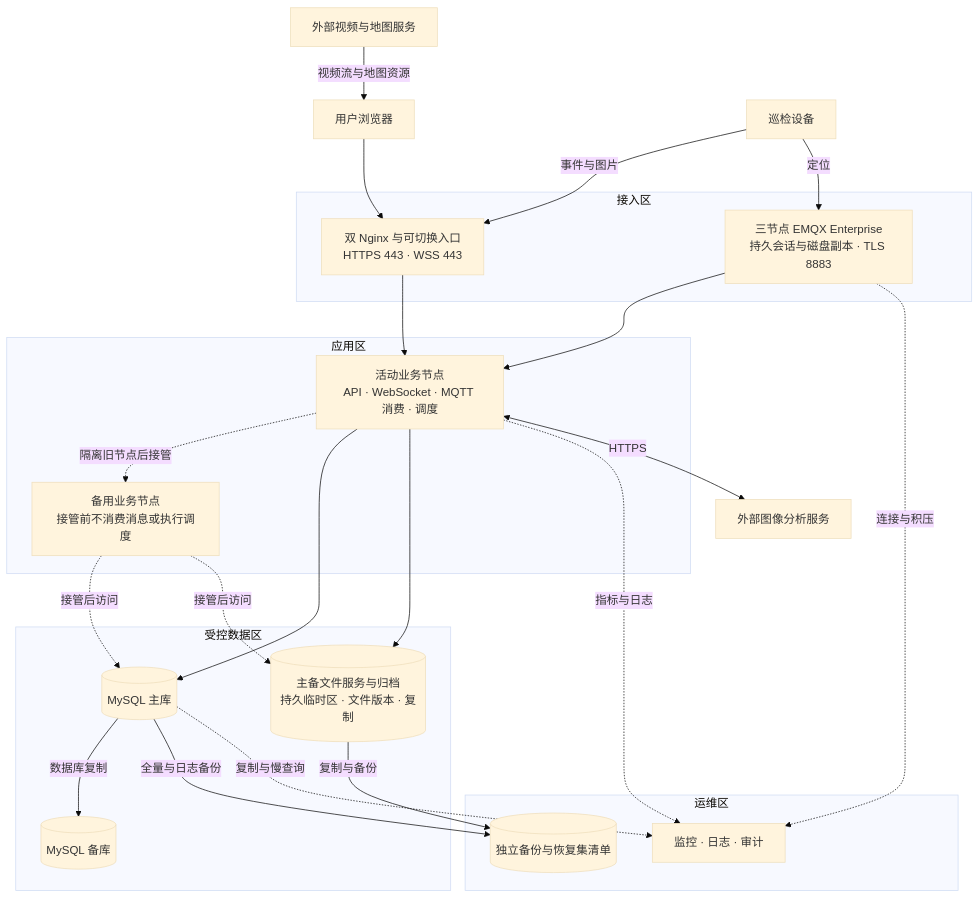
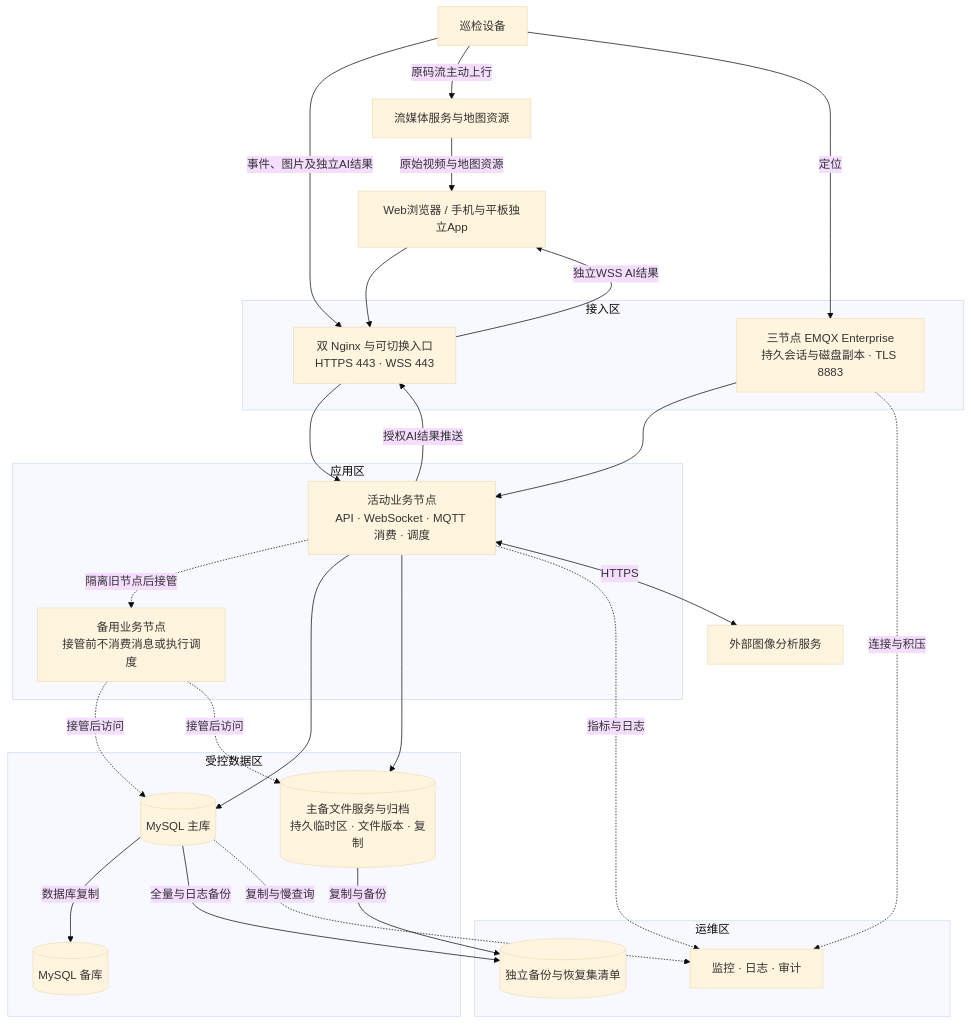
One commit to kelalu/Road-Inspection-System changed the fifth of 5 diagrams in docs/道路智能巡检管理平台系统架构设计文档_11.7_图片.md. Above: the diagram before and after it, drawn with Mermaid (base theme). The commit also changed other lines of this file and 4 other files, not shown here.

````diff
--- a/docs/道路智能巡检管理平台系统架构设计文档_11.7_图片.md
+++ b/docs/道路智能巡检管理平台系统架构设计文档_11.7_图片.md
@@ -794,42 +900,45 @@
 ```mermaid
 flowchart TB
-    USER["用户浏览器"]
+    USER["Web浏览器 / 手机与平板独立App"]
     DEVICE["巡检设备"]
-    EXT["外部视频与地图服务"]
+    EXT["流媒体服务与地图资源"]
     MODEL["外部图像分析服务"]
     subgraph ENTRY["接入区"]
         NG["双 Nginx 与可切换入口<br/>HTTPS 443 · WSS 443"]
         MQ["三节点 EMQX Enterprise<br/>持久会话与磁盘副本 · TLS 8883"]
     end
     subgraph APPLICATION["应用区"]
         ACTIVE["活动业务节点<br/>API · WebSocket · MQTT 消费 · 调度"]
         STANDBY["备用业务节点<br/>接管前不消费消息或执行调度"]
     end
     subgraph DATA["受控数据区"]
         PRIMARY[("MySQL 主库")]
         REPLICA[("MySQL 备库")]
         STORAGE[("主备文件服务与归档<br/>持久临时区 · 文件版本 · 复制")]
     end
     subgraph OPERATIONS["运维区"]
         MONITOR["监控 · 日志 · 审计"]
         BACKUP[("独立备份与恢复集清单")]
     end
     USER --> NG
-    DEVICE -->|事件与图片| NG
+    DEVICE -->|事件、图片及独立AI结果| NG
+    DEVICE -->|原码流主动上行| EXT
     DEVICE -->|定位| MQ
     NG --> ACTIVE
     MQ --> ACTIVE
     ACTIVE -. "隔离旧节点后接管" .-> STANDBY
     ACTIVE --> PRIMARY
     ACTIVE --> STORAGE
     PRIMARY -->|数据库复制| REPLICA
     STANDBY -. "接管后访问" .-> PRIMARY
     STANDBY -. "接管后访问" .-> STORAGE
     PRIMARY -->|全量与日志备份| BACKUP
     STORAGE -->|复制与备份| BACKUP
     ACTIVE -. "指标与日志" .-> MONITOR
     MQ -. "连接与积压" .-> MONITOR
     PRIMARY -. "复制与慢查询" .-> MONITOR
     ACTIVE <-->|HTTPS| MODEL
-    EXT -->|视频流与地图资源| USER
+    EXT -->|原始视频与地图资源| USER
+    ACTIVE -->|授权AI结果推送| NG
+    NG -->|独立WSS AI结果| USER
 ```
````
